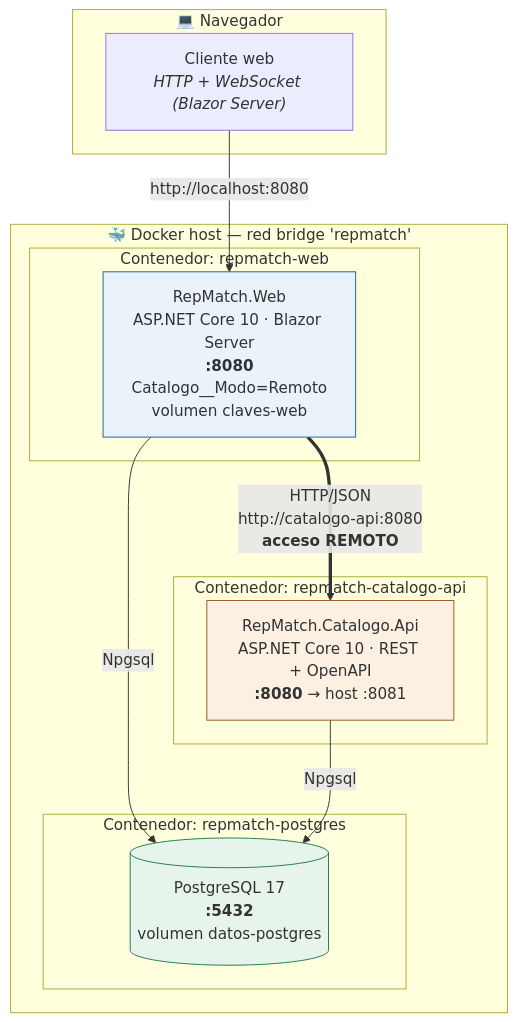
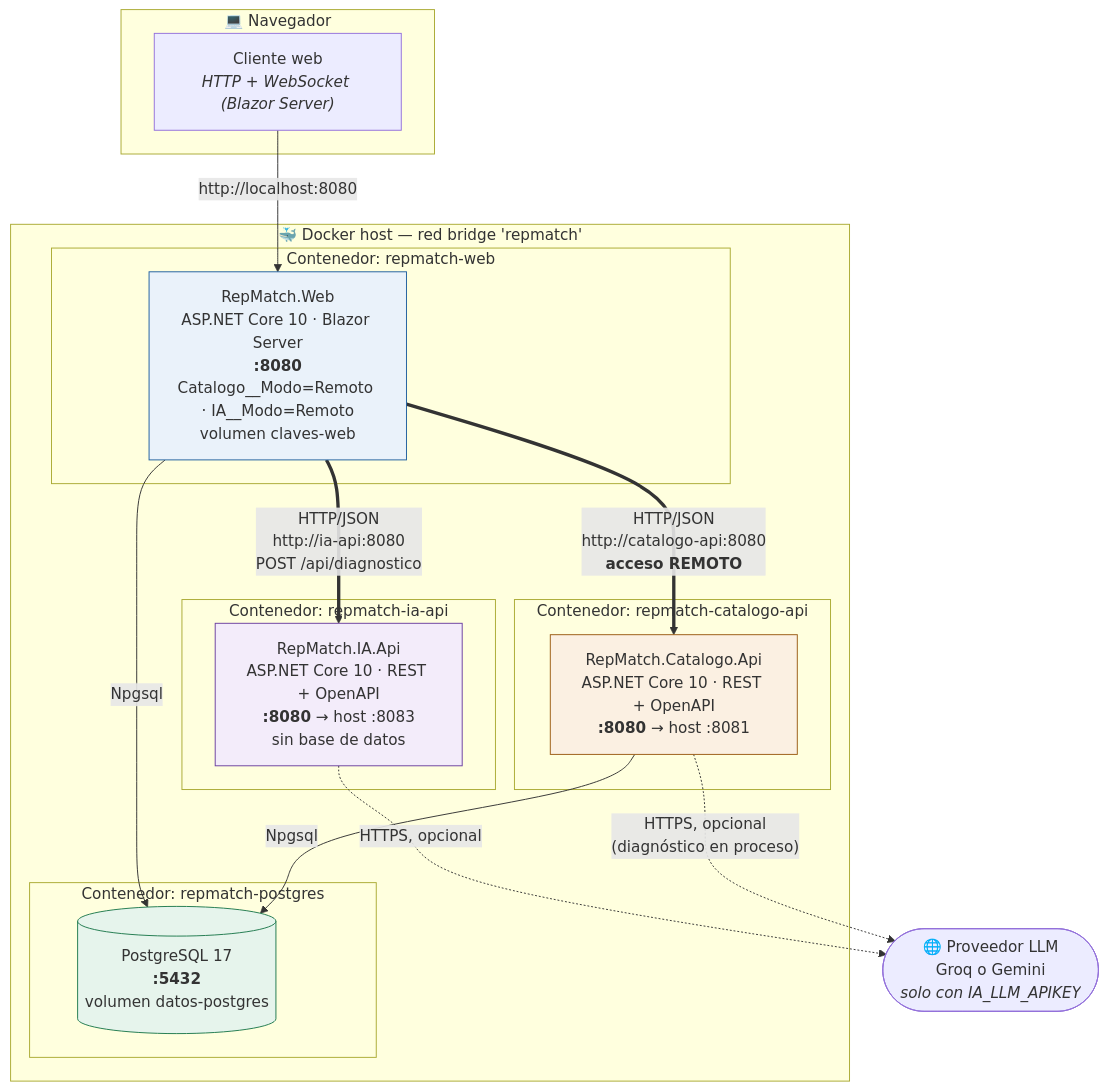
Before and after one commit to lfb-00/tp-apps-2: the first of 2 diagrams in docs/diagramas/despliegue.md, drawn with Mermaid. The commit also changed other lines of this file and 61 other files, not shown here.

````diff
--- a/docs/diagramas/despliegue.md
+++ b/docs/diagramas/despliegue.md
@@ -9,29 +9,39 @@
 ```mermaid
 flowchart TB
     subgraph nav["💻 Navegador"]
         BR["Cliente web<br/><i>HTTP + WebSocket (Blazor Server)</i>"]
     end
 
     subgraph docker["🐳 Docker host — red bridge 'repmatch'"]
         subgraph c1["Contenedor: repmatch-web"]
-            W["RepMatch.Web<br/>ASP.NET Core 10 · Blazor Server<br/><b>:8080</b><br/>Catalogo__Modo=Remoto<br/>volumen claves-web"]
+            W["RepMatch.Web<br/>ASP.NET Core 10 · Blazor Server<br/><b>:8080</b><br/>Catalogo__Modo=Remoto · IA__Modo=Remoto<br/>volumen claves-web"]
         end
 
         subgraph c2["Contenedor: repmatch-catalogo-api"]
             A["RepMatch.Catalogo.Api<br/>ASP.NET Core 10 · REST + OpenAPI<br/><b>:8080</b> → host :8081"]
+        end
+
+        subgraph c4["Contenedor: repmatch-ia-api"]
+            IA["RepMatch.IA.Api<br/>ASP.NET Core 10 · REST + OpenAPI<br/><b>:8080</b> → host :8083<br/>sin base de datos"]
         end
 
         subgraph c3["Contenedor: repmatch-postgres"]
             P[("PostgreSQL 17<br/><b>:5432</b><br/>volumen datos-postgres")]
         end
     end
 
     BR -- "http://localhost:8080" --> W
     W == "HTTP/JSON<br/>http://catalogo-api:8080<br/><b>acceso REMOTO</b>" ==> A
+    W == "HTTP/JSON<br/>http://ia-api:8080<br/>POST /api/diagnostico" ==> IA
     W -- "Npgsql" --> P
     A -- "Npgsql" --> P
 
+    LLM(["🌐 Proveedor LLM<br/>Groq o Gemini<br/><i>solo con IA_LLM_APIKEY</i>"])
+    IA -. "HTTPS, opcional" .-> LLM
+    A -. "HTTPS, opcional<br/>(diagnóstico en proceso)" .-> LLM
+
     style W fill:#eaf2fa,stroke:#1f5f9e
     style A fill:#fbf0e2,stroke:#9a5b13
+    style IA fill:#f3ecfa,stroke:#6b3fa0
     style P fill:#e6f4ec,stroke:#1f7a4d
 ```
````
